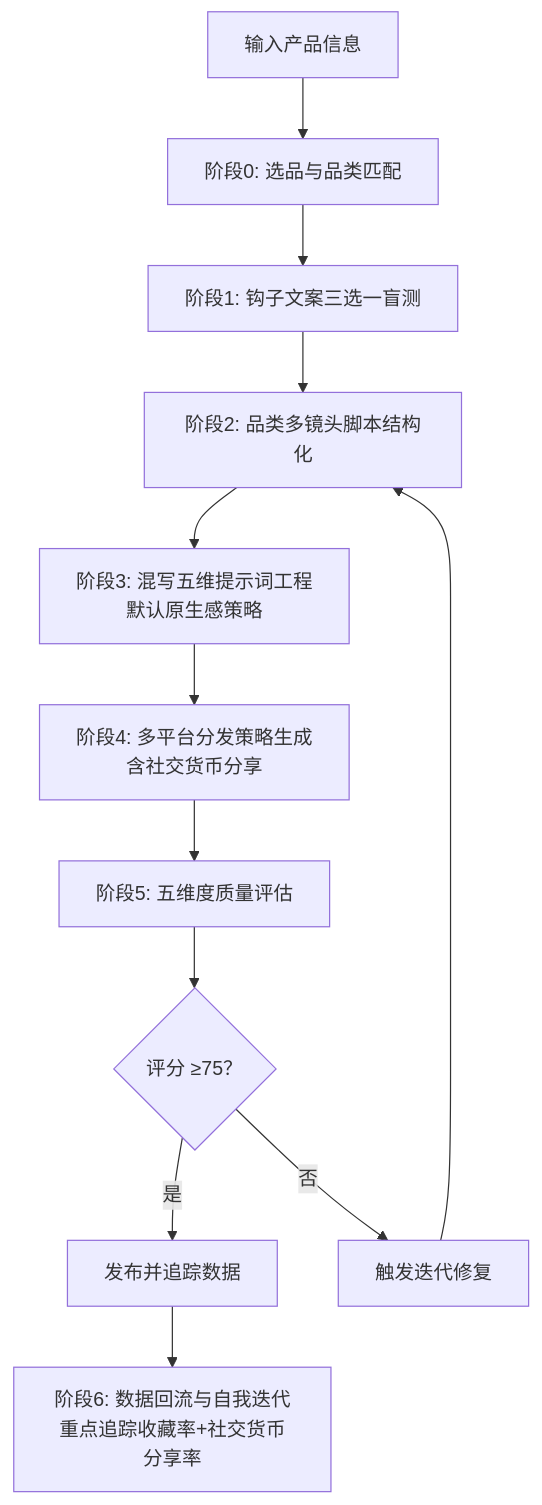
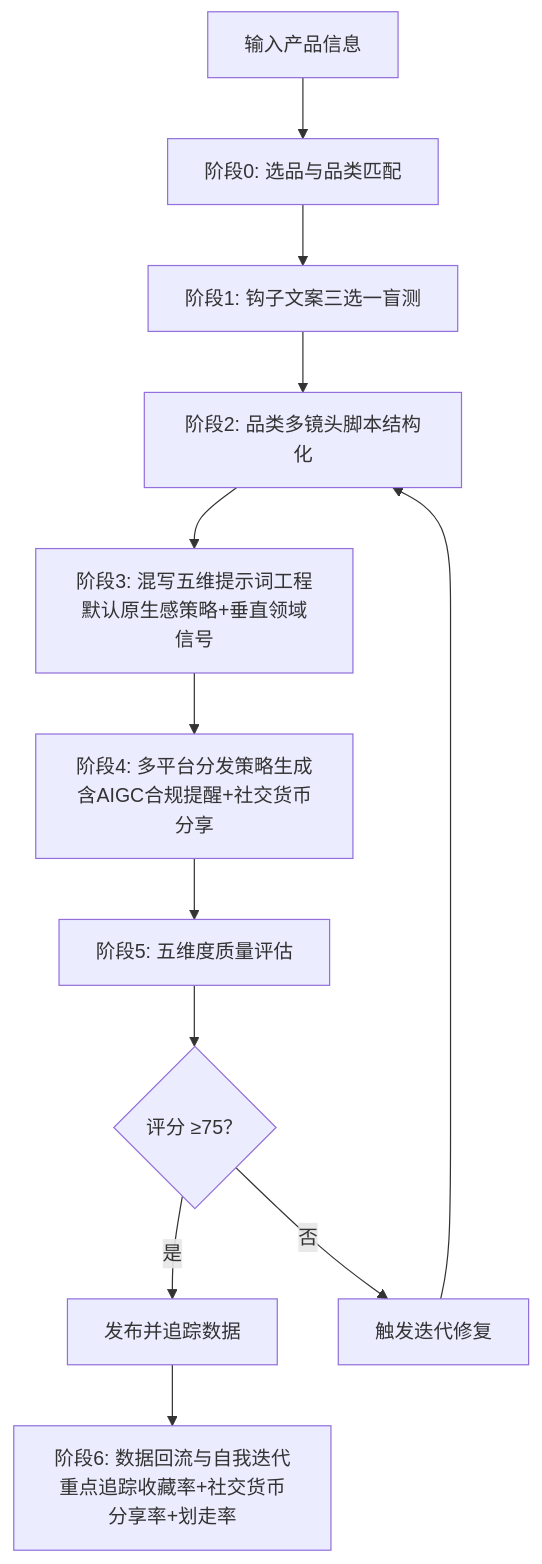
Before and after one commit to qq547820639/tiktok-ad-video-skill: the diagram in README.md, drawn with Mermaid. The commit also changed other lines of this file, not shown here.

````diff
--- a/README.md
+++ b/README.md
@@ -153,14 +153,14 @@
 ```mermaid
 graph TD
     A[输入产品信息] --> B[阶段0: 选品与品类匹配]
     B --> C[阶段1: 钩子文案三选一盲测]
     C --> D[阶段2: 品类多镜头脚本结构化]
-    D --> E[阶段3: 混写五维提示词工程<br/>默认原生感策略]
-    E --> F[阶段4: 多平台分发策略生成<br/>含社交货币分享]
+    D --> E[阶段3: 混写五维提示词工程<br/>默认原生感策略+垂直领域信号]
+    E --> F[阶段4: 多平台分发策略生成<br/>含AIGC合规提醒+社交货币分享]
     F --> G[阶段5: 五维度质量评估]
     G --> H{评分 ≥75？}
     H -->|是| I[发布并追踪数据]
     H -->|否| J[触发迭代修复]
-    I --> K[阶段6: 数据回流与自我迭代<br/>重点追踪收藏率+社交货币分享率]
+    I --> K[阶段6: 数据回流与自我迭代<br/>重点追踪收藏率+社交货币分享率+划走率]
     J --> D
 ```
````
